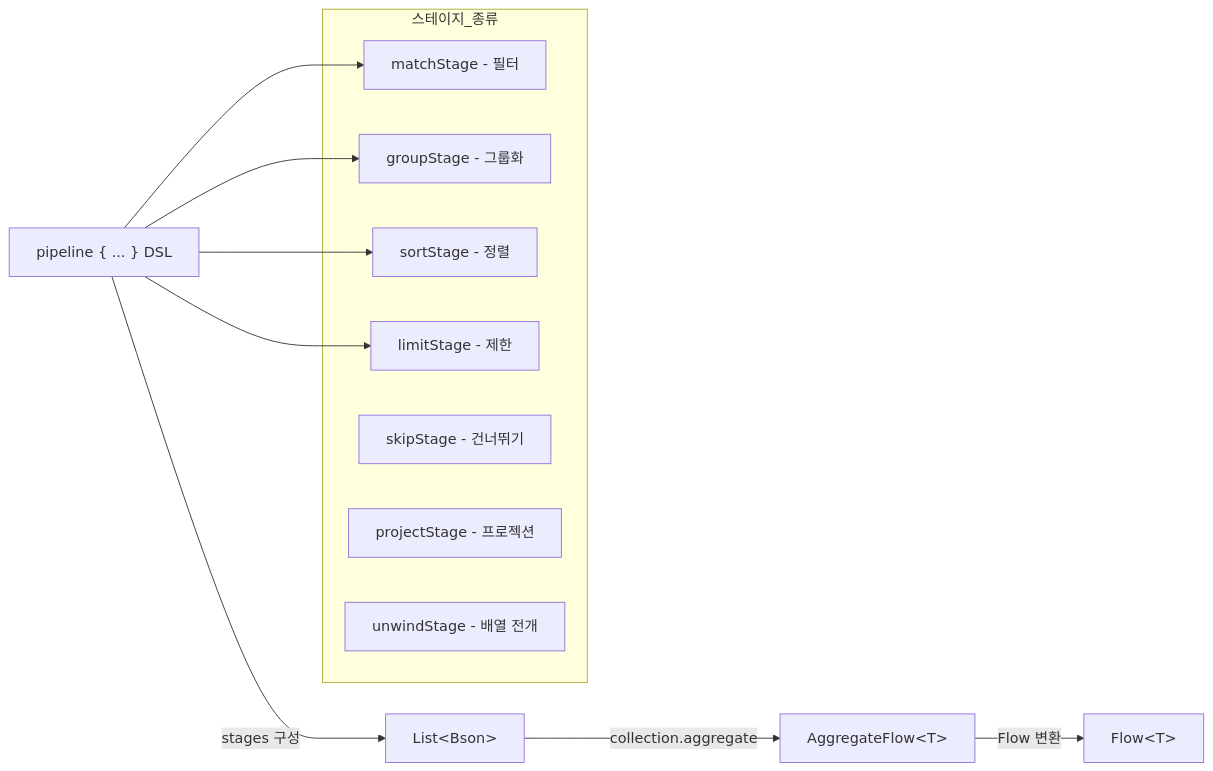
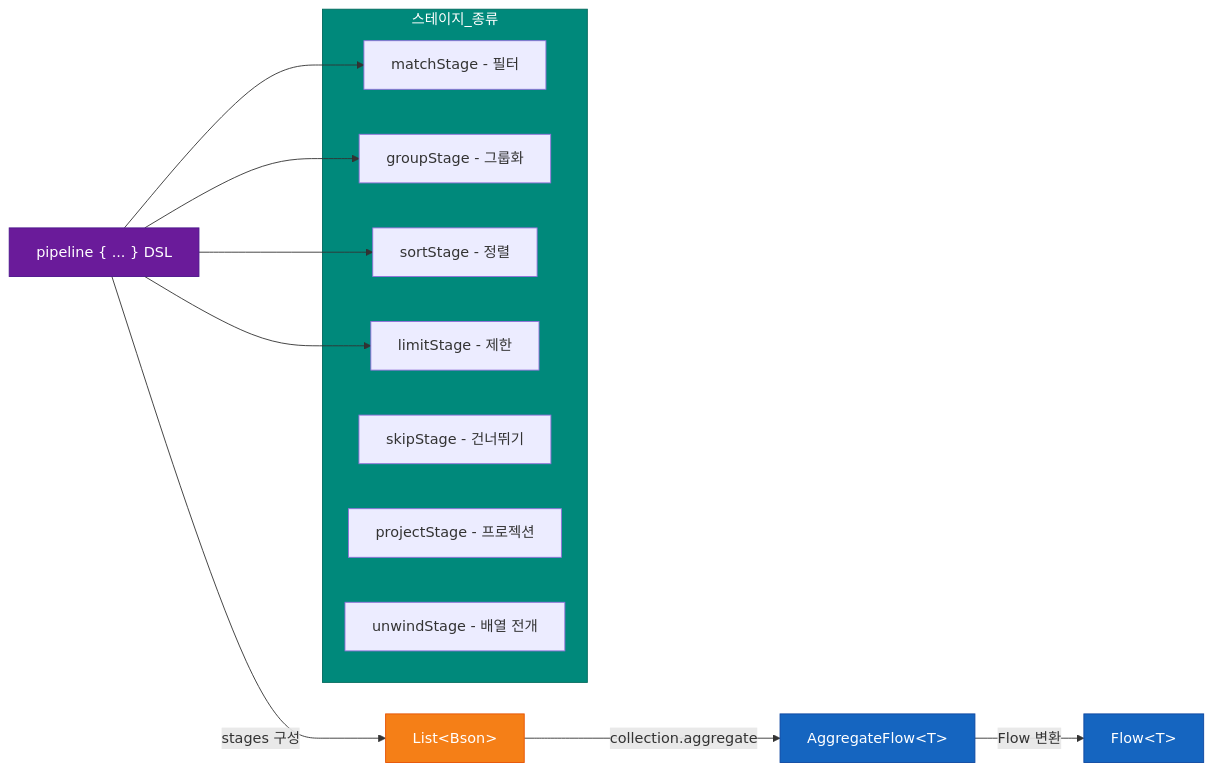
One commit to bluetape4k/bluetape4k-projects changed the third of 3 diagrams in data/mongodb/README.ko.md. Above: the diagram before and after it, drawn with Mermaid. The commit also changed other lines of this file and 221 other files, not shown here.

First line of the commit message:
docs: 전체 모듈 README UML 다이어그램 보강 및 색상 업그레이드

````diff
--- a/data/mongodb/README.ko.md
+++ b/data/mongodb/README.ko.md
@@ -249,21 +259,32 @@
 ```mermaid
 flowchart LR
     A["pipeline { ... } DSL"] -->|stages 구성| B["List&lt;Bson&gt;"]
     B -->|collection.aggregate| C["AggregateFlow&lt;T&gt;"]
     C -->|Flow 변환| D["Flow&lt;T&gt;"]
 
     subgraph 스테이지_종류
         E[matchStage - 필터]
         F[groupStage - 그룹화]
         G[sortStage - 정렬]
         H[limitStage - 제한]
         I[skipStage - 건너뛰기]
         J[projectStage - 프로젝션]
         K[unwindStage - 배열 전개]
     end
 
     A --> E
     A --> F
     A --> G
     A --> H
+
+    classDef dslStyle fill:#6A1B9A,stroke:#4A148C,color:#FFFFFF
+    classDef bsonStyle fill:#F57F17,stroke:#E65100,color:#FFFFFF
+    classDef flowStyle fill:#1565C0,stroke:#0D47A1,color:#FFFFFF
+    classDef stageStyle fill:#00897B,stroke:#00695C,color:#FFFFFF
+
+    class A dslStyle
+    class B bsonStyle
+    class C flowStyle
+    class D flowStyle
+    class 스테이지_종류 stageStyle
 ```
````
